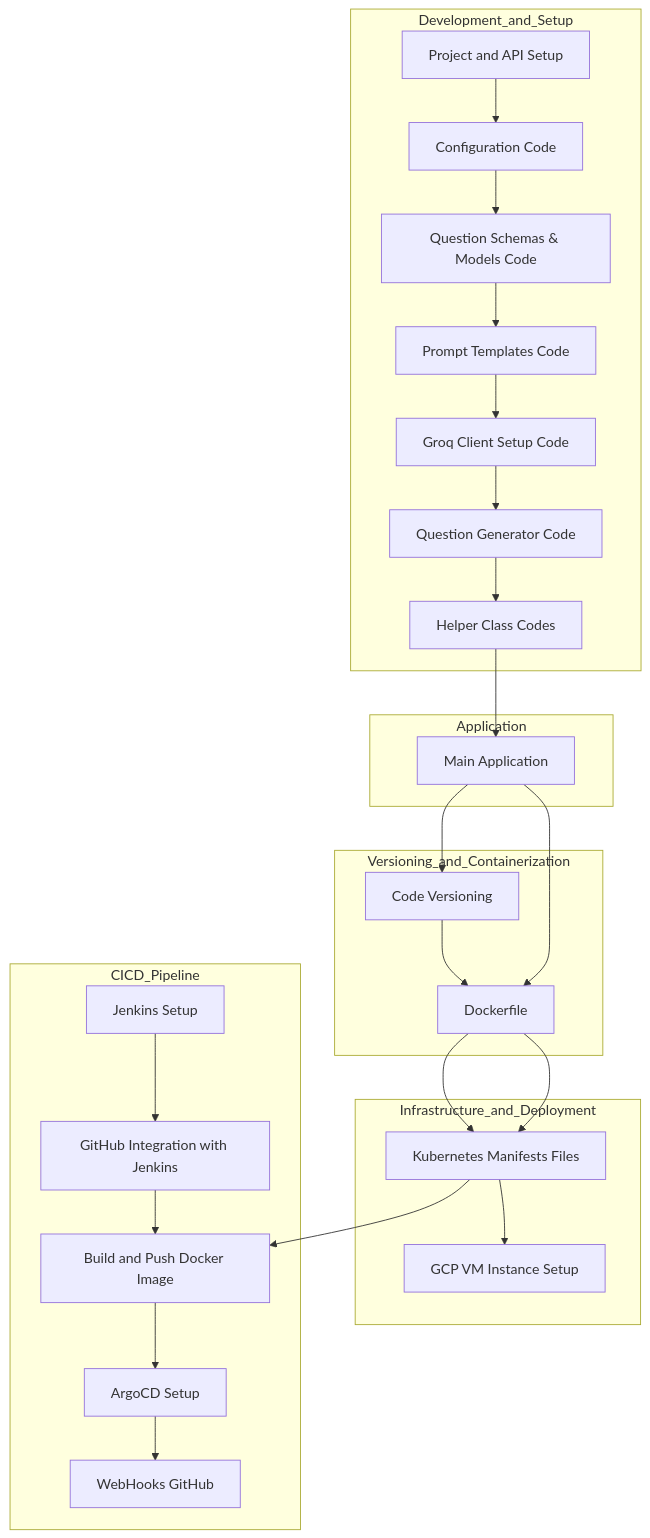
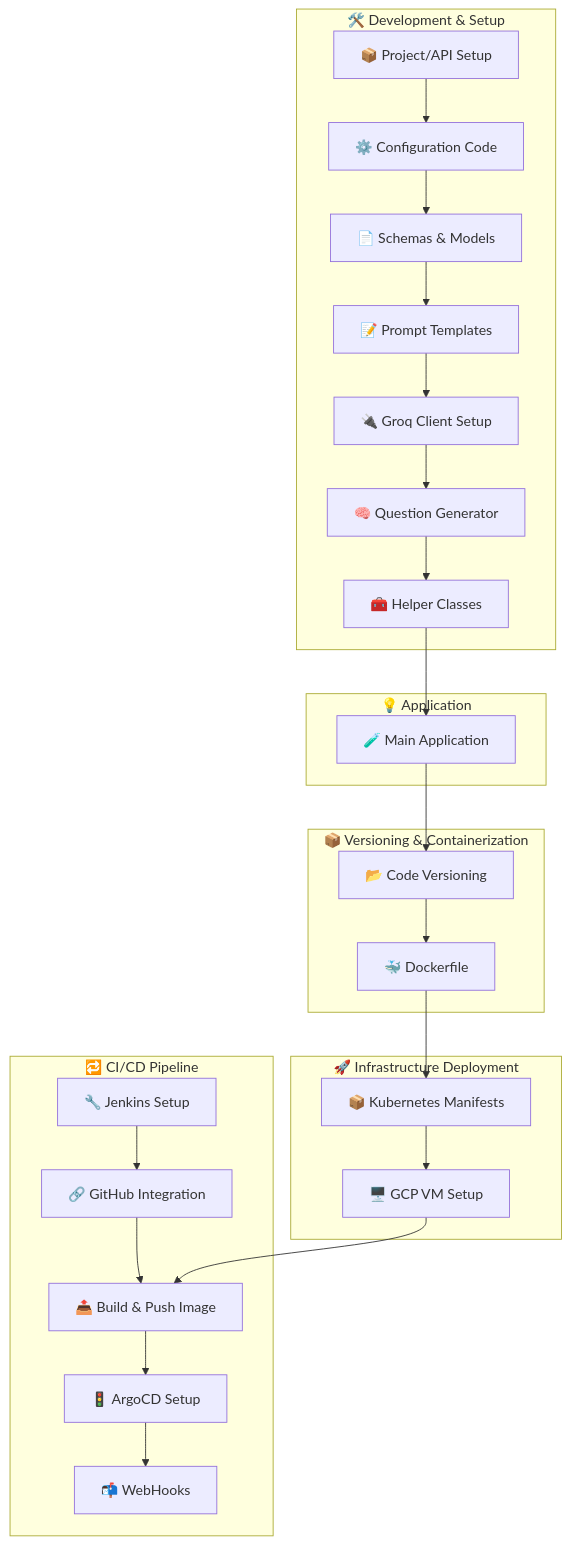
Before and after one commit to aimldinesh/ASKGENIE: the diagram in README.md, drawn with Mermaid. The commit also changed other lines of this file, not shown here.

````diff
--- a/README.md
+++ b/README.md
@@ -22,54 +22,43 @@
 ```mermaid
 flowchart TD
-    %% Development and Setup
-    subgraph Development_and_Setup
-        A1[Project and API Setup]
-        A2[Configuration Code]
-        A3[Question Schemas & Models Code]
-        A4[Prompt Templates Code]
-        A5[Groq Client Setup Code]
-        A6[Question Generator Code]
-        A7[Helper Class Codes]
-
+    subgraph "🛠️ Development & Setup"
+        A1[📦 Project/API Setup]
+        A2[⚙️ Configuration Code]
+        A3[📄 Schemas & Models]
+        A4[📝 Prompt Templates]
+        A5[🔌 Groq Client Setup]
+        A6[🧠 Question Generator]
+        A7[🧰 Helper Classes]
         A1 --> A2 --> A3 --> A4 --> A5 --> A6 --> A7
     end
 
-    %% Application
-    subgraph Application
-        B1[Main Application]
+    subgraph "💡 Application"
+        B1[🧪 Main Application]
     end
 
-    %% Versioning and Containerization
-    subgraph Versioning_and_Containerization
-        C1[Code Versioning]
-        C2[Dockerfile]
+    subgraph "📦 Versioning & Containerization"
+        C1[📂 Code Versioning]
+        C2[🐳 Dockerfile]
         C1 --> C2
     end
 
-    %% Infrastructure and Deployment
-    subgraph Infrastructure_and_Deployment
-        D1[Kubernetes Manifests Files]
-        D2[GCP VM Instance Setup]
-        C2 --> D1
+    subgraph "🚀 Infrastructure Deployment"
+        D1[📦 Kubernetes Manifests]
+        D2[🖥️ GCP VM Setup]
         D1 --> D2
     end
 
-    %% CI/CD Pipeline
-    subgraph CICD_Pipeline
-        E1[Jenkins Setup]
-        E2[GitHub Integration with Jenkins]
-        E3[Build and Push Docker Image]
-        E4[ArgoCD Setup]
-        E5[WebHooks GitHub]
-
+    subgraph "🔁 CI/CD Pipeline"
+        E1[🔧 Jenkins Setup]
+        E2[🔗 GitHub Integration]
+        E3[📤 Build & Push Image]
+        E4[🚦 ArgoCD Setup]
+        E5[📬 WebHooks]
         E1 --> E2 --> E3 --> E4 --> E5
     end
 
-    %% Cross-links
     A7 --> B1
     B1 --> C1
-    B1 --> C2
     C2 --> D1
-    D1 --> E3
-
+    D2 --> E3
 ```
````
